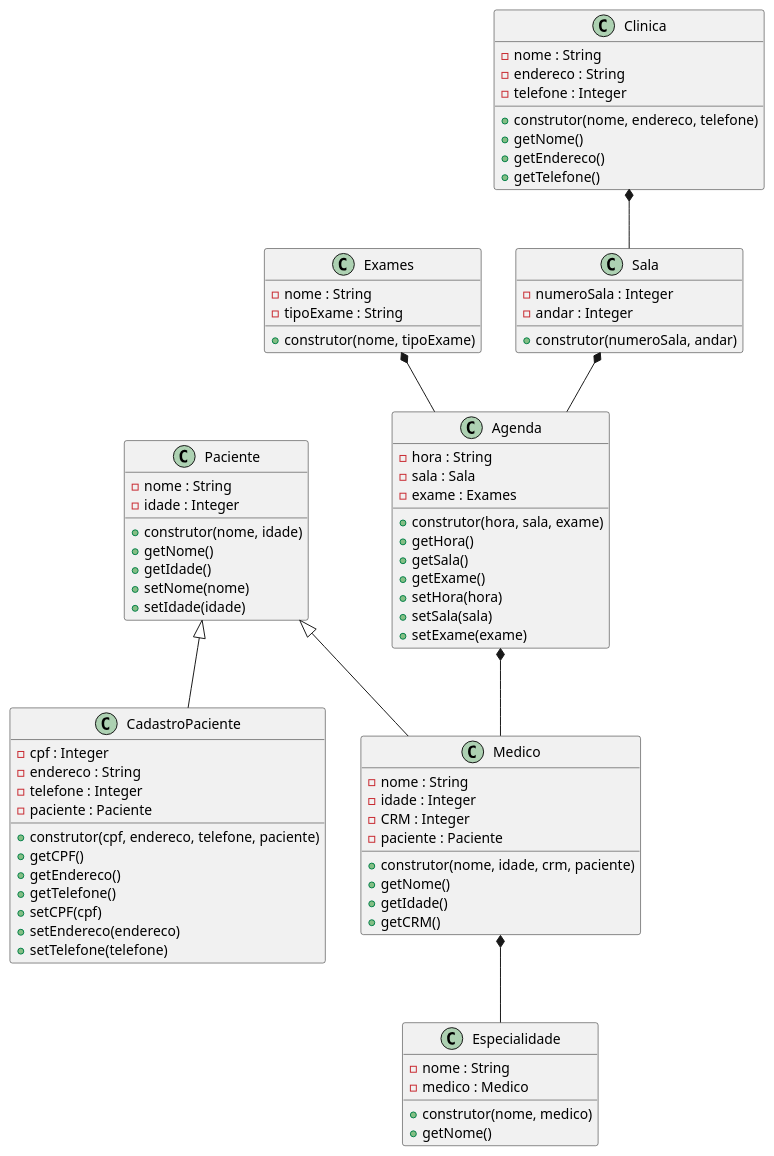
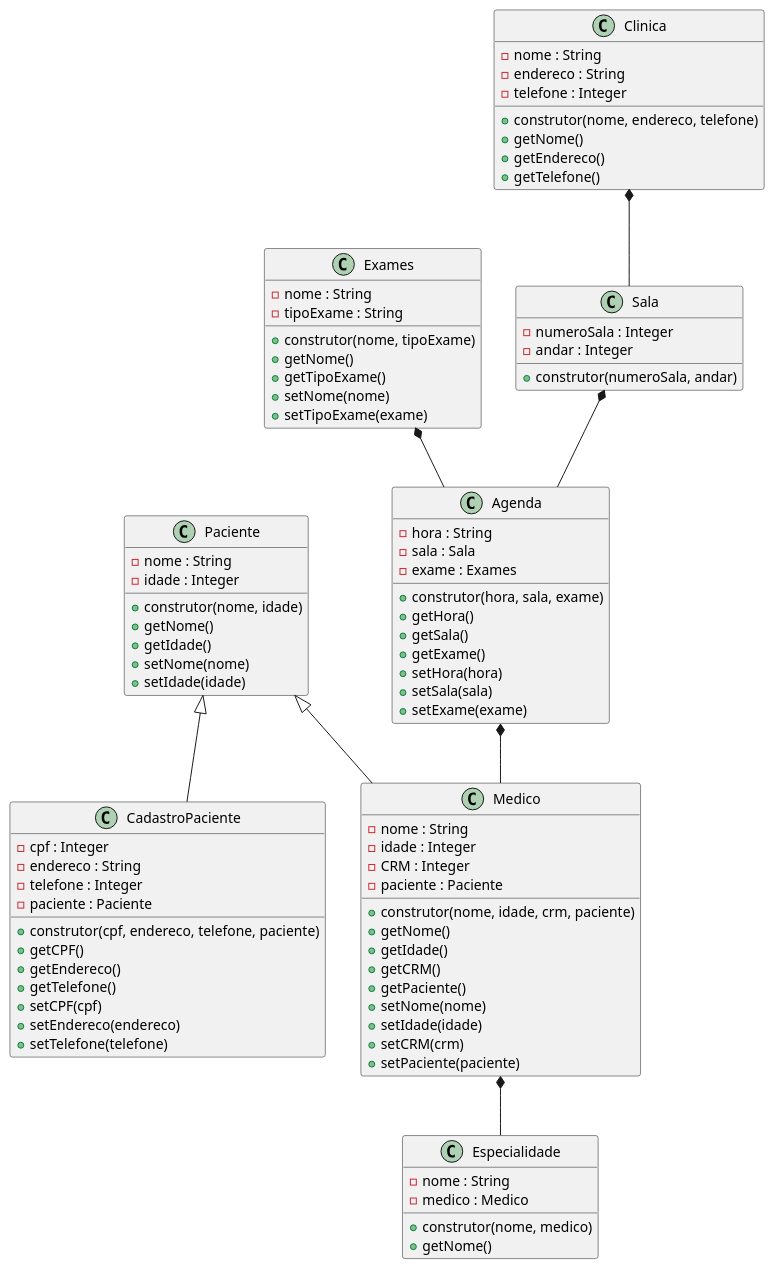
One commit to anleaes/2022-1-N2-POO-03 changed the diagram in diagrama.plantuml. Above: the diagram before and after it, drawn with PlantUML.

Commit message:
criado gets e sets na classe exames

```diff
--- a/diagrama.plantuml
+++ b/diagrama.plantuml
@@ -1,88 +1,97 @@
 @startuml Gerenciamento de Exames Medicos
 
     class Agenda{
         - hora : String
         - sala : Sala
         - exame : Exames
         + construtor(hora, sala, exame)
         + getHora()
         + getSala()
         + getExame()
         + setHora(hora)
         + setSala(sala)
         + setExame(exame)
     }
 
     class Paciente{
         - nome : String
         - idade : Integer
         + construtor(nome, idade)
         + getNome()
         + getIdade()
         + setNome(nome)
         + setIdade(idade)
     }
 
     class CadastroPaciente{
         - cpf : Integer
         - endereco : String
         - telefone : Integer
         - paciente : Paciente
         + construtor(cpf, endereco, telefone, paciente)
         + getCPF()
         + getEndereco()
         + getTelefone()
         + setCPF(cpf)
         + setEndereco(endereco)
         + setTelefone(telefone)
     }
 
     class Medico{
         - nome : String
         - idade : Integer
         - CRM : Integer
         - paciente : Paciente
         + construtor(nome, idade, crm, paciente)
         + getNome()
         + getIdade()
         + getCRM()
+        + getPaciente()
+        + setNome(nome)
+        + setIdade(idade)
+        + setCRM(crm)
+        + setPaciente(paciente)
     }
 
     class Exames{
         - nome : String
         - tipoExame : String
         + construtor(nome, tipoExame)
+        + getNome()
+        + getTipoExame()
+        + setNome(nome)
+        + setTipoExame(exame)
     }
 
     class Especialidade{
         - nome : String
         - medico : Medico
         + construtor(nome, medico)
         + getNome()
     }
 
     class Clinica{
         - nome : String
         - endereco : String
         - telefone : Integer
         + construtor(nome, endereco, telefone)
         + getNome()
         + getEndereco()
         + getTelefone()
     }
 
     class Sala{
         - numeroSala : Integer
         - andar : Integer
         + construtor(numeroSala, andar)
     }
 
     Paciente <|-- CadastroPaciente
     Paciente <|-- Medico
     Medico *-- Especialidade
     Exames *-- Agenda
     Sala *-- Agenda
     Agenda *-- Medico
     Clinica *-- Sala
 
 @enduml
```
